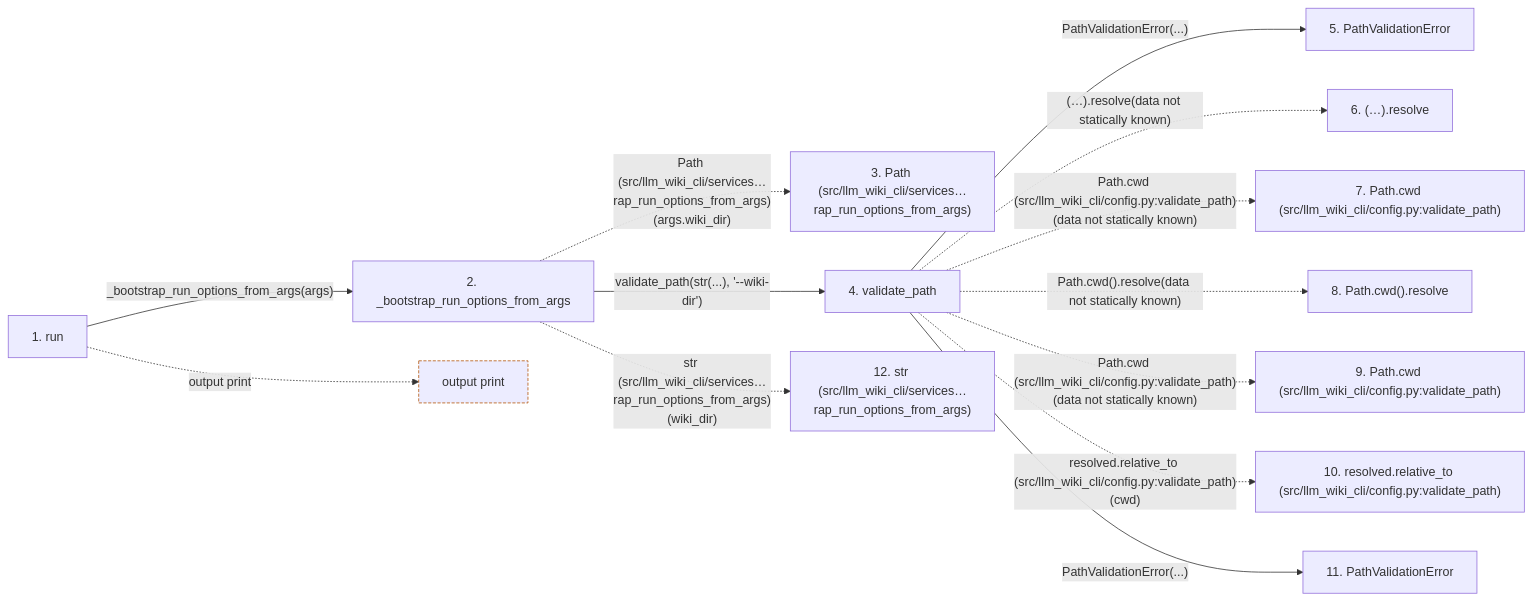
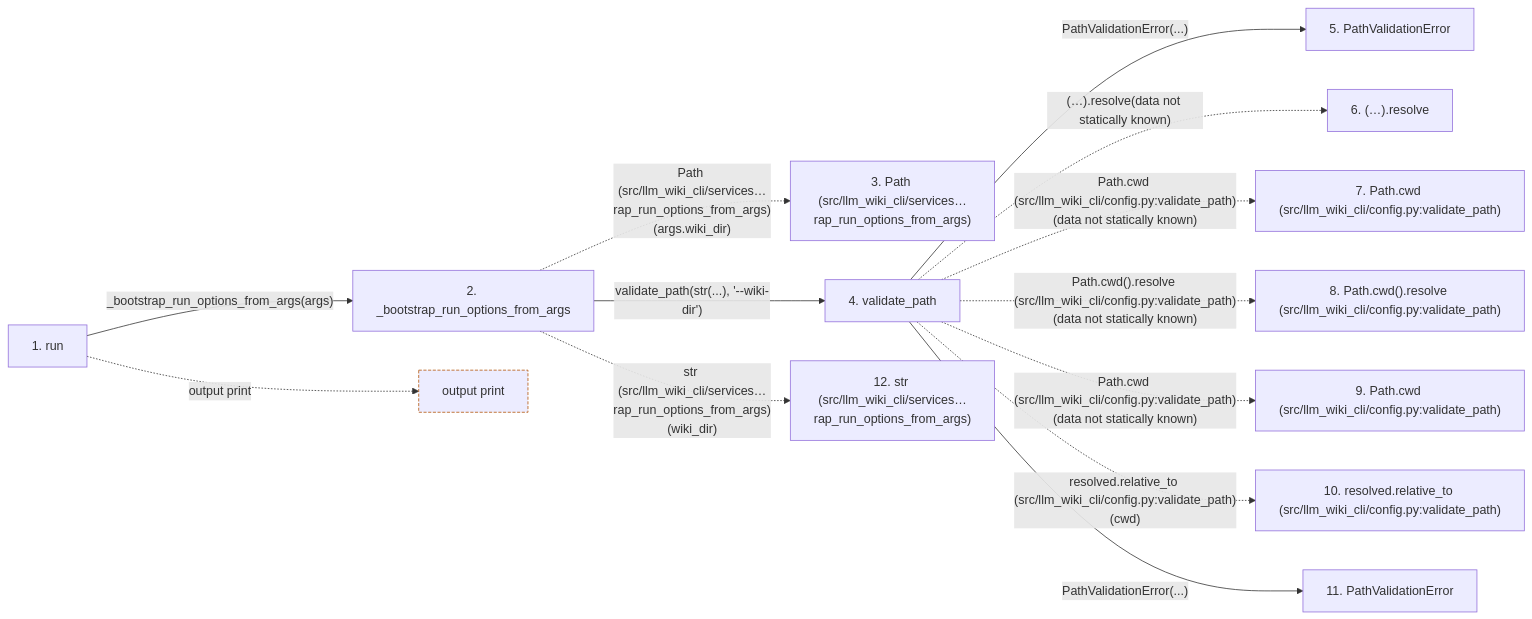
The second of 2 diagrams in docs/llm_wiki/flows/cli-bootstrap.md (Denissvgn/python-wiki-llm), drawn with Mermaid before and after one commit. The commit also changed other lines of this file and 761 other files, not shown here.

````diff
--- a/docs/llm_wiki/flows/cli-bootstrap.md
+++ b/docs/llm_wiki/flows/cli-bootstrap.md
@@ -189,35 +199,35 @@
 ```mermaid
 flowchart LR
     s1["1. run"]
     s2["2. _bootstrap_run_options_from_args"]
     s3["3. Path (src/llm_wiki_cli/services…rap_run_options_from_args)"]
     s4["4. validate_path"]
     s5["5. PathValidationError"]
     s6["6. (…).resolve"]
     s7["7. Path.cwd (src/llm_wiki_cli/config.py:validate_path)"]
-    s8["8. Path.cwd().resolve"]
+    s8["8. Path.cwd().resolve (src/llm_wiki_cli/config.py:validate_path)"]
     s9["9. Path.cwd (src/llm_wiki_cli/config.py:validate_path)"]
     s10["10. resolved.relative_to (src/llm_wiki_cli/config.py:validate_path)"]
     s11["11. PathValidationError"]
     s12["12. str (src/llm_wiki_cli/services…rap_run_options_from_args)"]
     s1 -->|"_bootstrap_run_options_from_args(args)"| s2
     s2 -. "Path (src/llm_wiki_cli/services…rap_run_options_from_args)(args.wiki_dir)" .-> s3
     s2 -->|"validate_path(str(...), '--wiki-dir')"| s4
     s4 -->|"PathValidationError(...)"| s5
     s4 -. "(…).resolve(data not statically known)" .-> s6
     s4 -. "Path.cwd (src/llm_wiki_cli/config.py:validate_path)(data not statically known)" .-> s7
-    s4 -. "Path.cwd().resolve(data not statically known)" .-> s8
+    s4 -. "Path.cwd().resolve (src/llm_wiki_cli/config.py:validate_path)(data not statically known)" .-> s8
     s4 -. "Path.cwd (src/llm_wiki_cli/config.py:validate_path)(data not statically known)" .-> s9
     s4 -. "resolved.relative_to (src/llm_wiki_cli/config.py:validate_path)(cwd)" .-> s10
     s4 -->|"PathValidationError(...)"| s11
     s2 -. "str (src/llm_wiki_cli/services…rap_run_options_from_args)(wiki_dir)" .-> s12
     b0["output print"]
     s1 -. "output print" .-> b0
     click s1 "../modules/bootstrap_runtime.md"
     click s2 "../modules/bootstrap_runtime.md"
     click s4 "../modules/config.md"
     click s5 "../modules/config.md"
     click s11 "../modules/config.md"
     classDef boundary stroke:#b45309,stroke-dasharray: 4 2
     class b0 boundary
 ```
````
